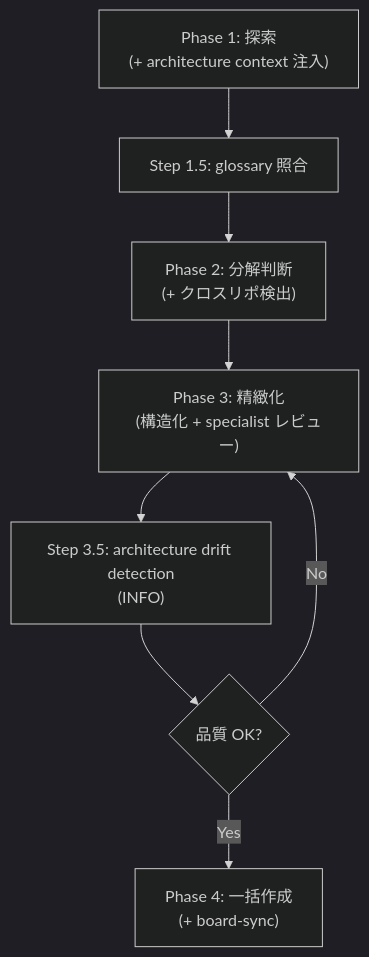
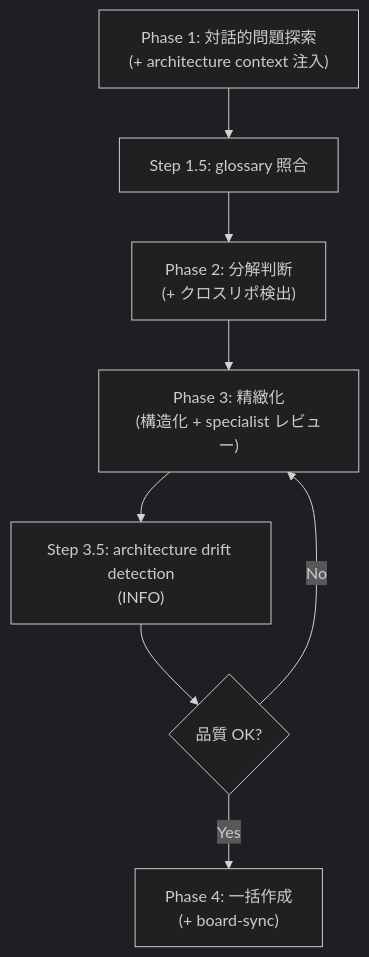
One commit to shuu5/twill changed the first of 4 diagrams in plugins/twl/architecture/domain/contexts/issue-mgmt.md. Above: the diagram before and after it, drawn with Mermaid (dark theme). The commit also changed other lines of this file and 3 other files, not shown here.

````diff
--- a/plugins/twl/architecture/domain/contexts/issue-mgmt.md
+++ b/plugins/twl/architecture/domain/contexts/issue-mgmt.md
@@ -49,10 +49,10 @@
 ```mermaid
 flowchart TD
-    A["Phase 1: 探索<br/>(+ architecture context 注入)"] --> A2["Step 1.5: glossary 照合"]
+    A["Phase 1: 対話的問題探索<br/>(+ architecture context 注入)"] --> A2["Step 1.5: glossary 照合"]
     A2 --> B["Phase 2: 分解判断<br/>(+ クロスリポ検出)"]
     B --> C["Phase 3: 精緻化<br/>(構造化 + specialist レビュー)"]
     C --> C2["Step 3.5: architecture drift detection<br/>(INFO)"]
     C2 --> D{品質 OK?}
     D -- Yes --> E["Phase 4: 一括作成<br/>(+ board-sync)"]
     D -- No --> C
 ```
````
